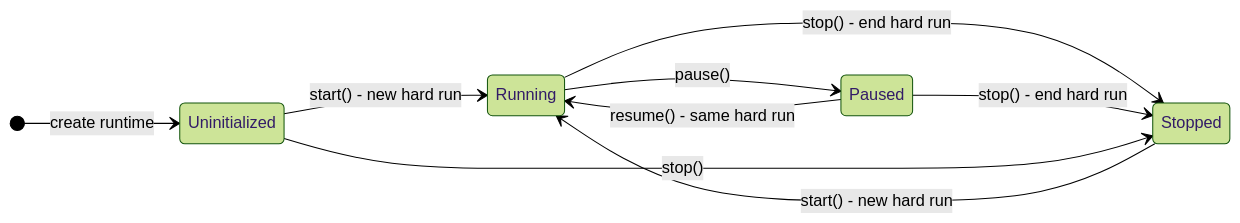
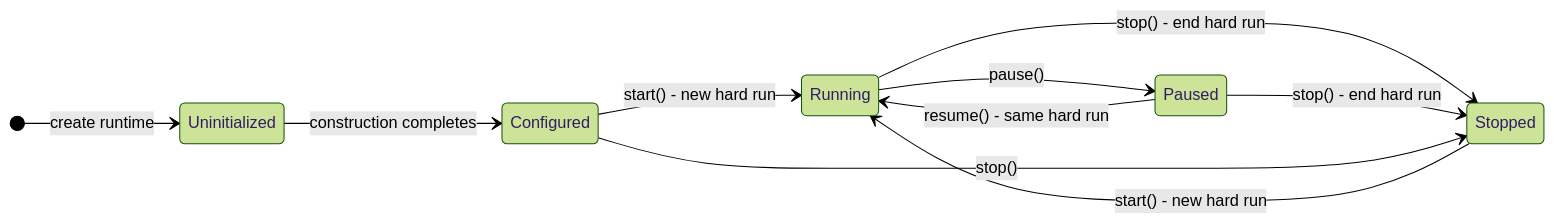
The second of 7 diagrams in docs/explanation/about-how-meshlink-works.md (trancee/MeshLink), drawn with Mermaid (forest theme) before and after one commit. The commit also changed other lines of this file and 2 other files, not shown here.

````diff
--- a/docs/explanation/about-how-meshlink-works.md
+++ b/docs/explanation/about-how-meshlink-works.md
@@ -66,12 +67,13 @@
 ```mermaid
 stateDiagram-v2
     direction LR
     [*] --> Uninitialized: create runtime
-    Uninitialized --> Running: start() - new hard run
+    Uninitialized --> Configured: construction completes
+    Configured --> Running: start() - new hard run
     Running --> Paused: pause()
     Paused --> Running: resume() - same hard run
     Running --> Stopped: stop() - end hard run
     Paused --> Stopped: stop() - end hard run
-    Uninitialized --> Stopped: stop()
+    Configured --> Stopped: stop()
     Stopped --> Running: start() - new hard run
 ```
````
